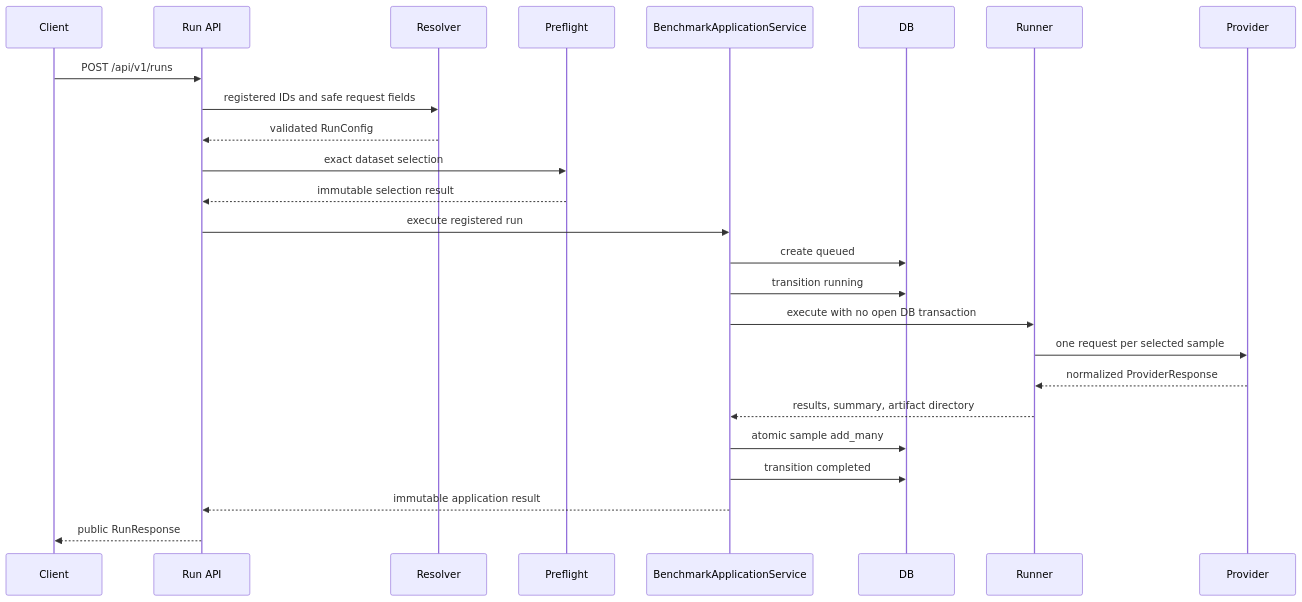
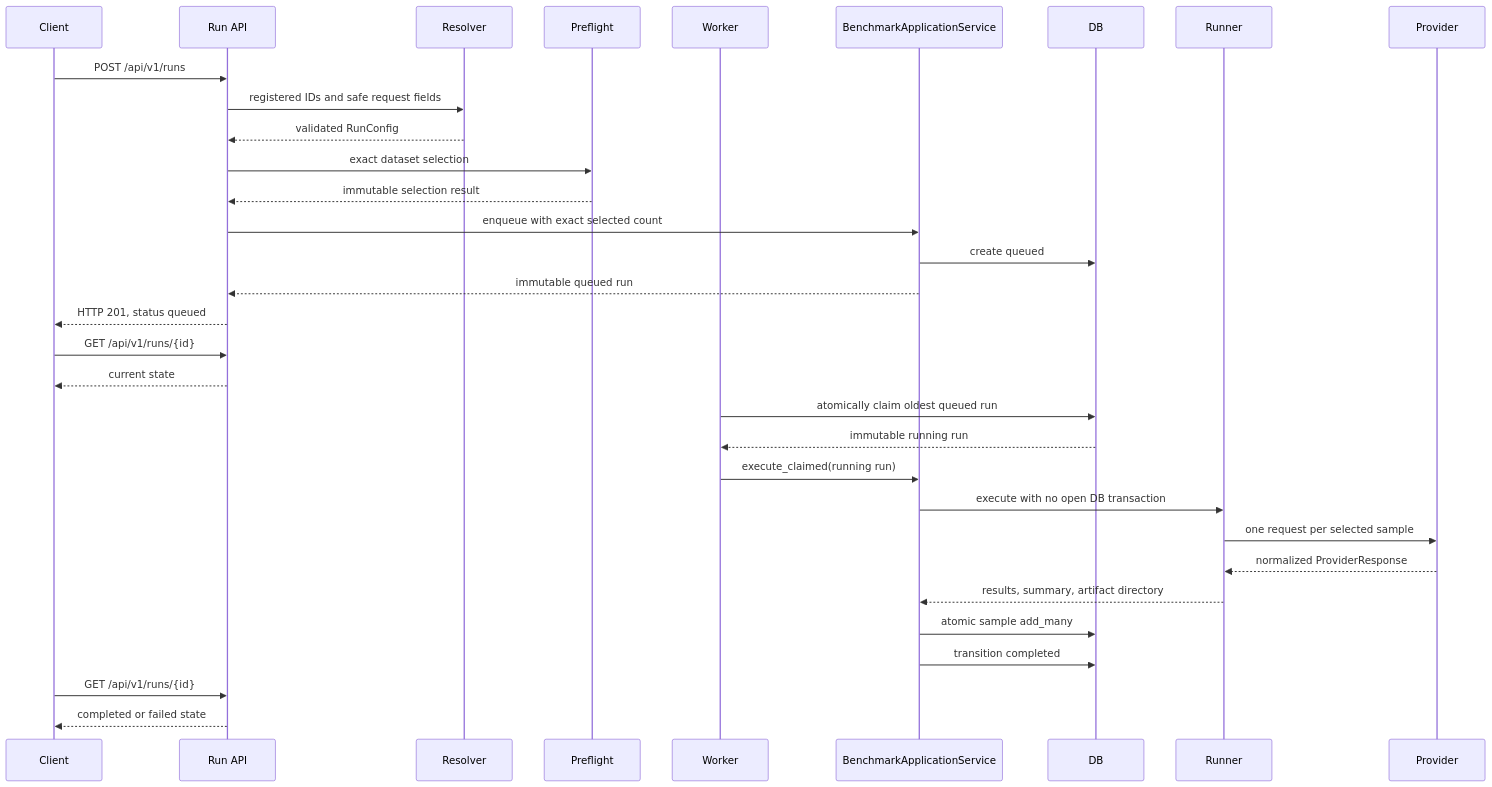
One commit to ataozalpp/llm-benchmark changed the third of 7 diagrams in docs/architecture.md. Above: the diagram before and after it, drawn with Mermaid. The commit also changed other lines of this file and 12 other files, not shown here.

````diff
--- a/docs/architecture.md
+++ b/docs/architecture.md
@@ -159,28 +163,35 @@
 ```mermaid
 sequenceDiagram
     participant Client
     participant API as Run API
     participant Resolver
     participant Preflight
+    participant Worker
     participant Service as BenchmarkApplicationService
     participant DB
     participant Runner
     participant Provider
 
     Client->>API: POST /api/v1/runs
     API->>Resolver: registered IDs and safe request fields
     Resolver-->>API: validated RunConfig
     API->>Preflight: exact dataset selection
     Preflight-->>API: immutable selection result
-    API->>Service: execute registered run
+    API->>Service: enqueue with exact selected count
     Service->>DB: create queued
-    Service->>DB: transition running
+    Service-->>API: immutable queued run
+    API-->>Client: HTTP 201, status queued
+    Client->>API: GET /api/v1/runs/{id}
+    API-->>Client: current state
+    Worker->>DB: atomically claim oldest queued run
+    DB-->>Worker: immutable running run
+    Worker->>Service: execute_claimed(running run)
     Service->>Runner: execute with no open DB transaction
     Runner->>Provider: one request per selected sample
     Provider-->>Runner: normalized ProviderResponse
     Runner-->>Service: results, summary, artifact directory
     Service->>DB: atomic sample add_many
     Service->>DB: transition completed
-    Service-->>API: immutable application result
-    API-->>Client: public RunResponse
+    Client->>API: GET /api/v1/runs/{id}
+    API-->>Client: completed or failed state
 ```
````
